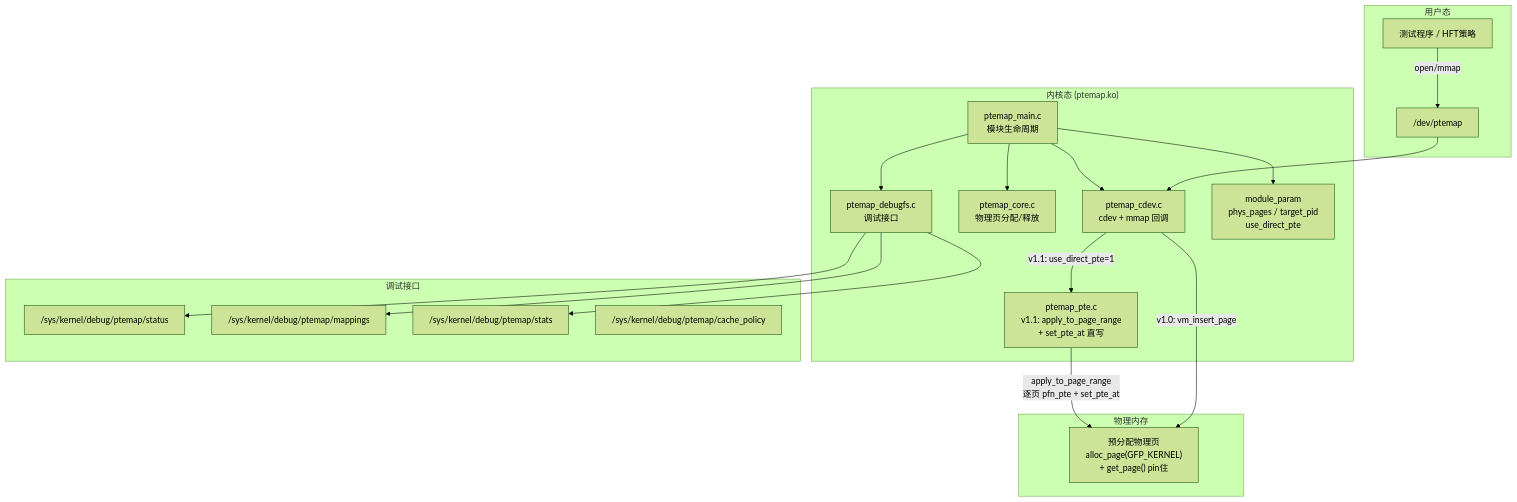
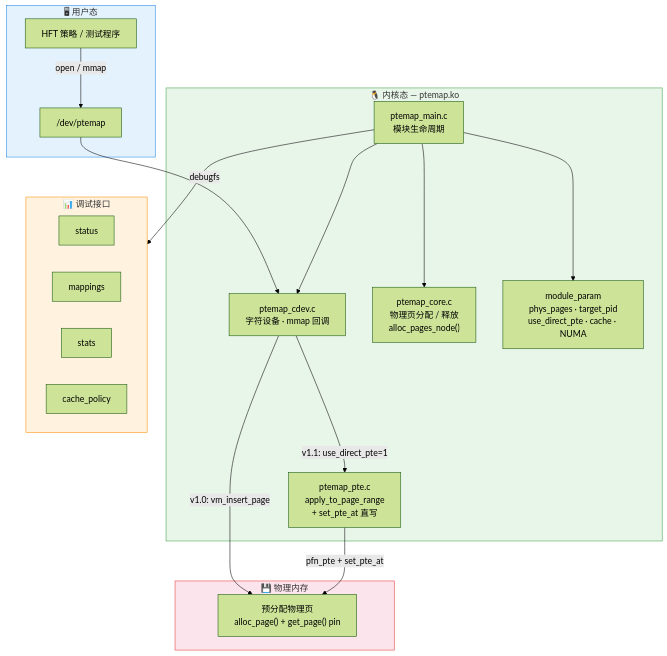
One commit to leafxuzm/Zerofault changed the second of 6 diagrams in README.md. Above: the diagram before and after it, drawn with Mermaid (forest theme). The commit also changed other lines of this file, not shown here.

First line of the commit message:
README: redesign with light/bright theme and Mermaid diagrams

````diff
--- a/README.md
+++ b/README.md
@@ -23,39 +48,40 @@
 ```mermaid
 flowchart TB
-    subgraph User["用户态"]
-        APP[测试程序 / HFT策略]
-        DEV["/dev/ptemap"]
+    subgraph user["🖥 用户态"]
+        app["HFT 策略 / 测试程序"]
+        dev["/dev/ptemap"]
     end
 
-    subgraph Kernel["内核态 (ptemap.ko)"]
-        CDEV[ptemap_cdev.c<br/>cdev + mmap 回调]
-        PTE[ptemap_pte.c<br/>v1.1: apply_to_page_range<br/>+ set_pte_at 直写]
-        CORE[ptemap_core.c<br/>物理页分配/释放]
-        MAIN[ptemap_main.c<br/>模块生命周期]
-        DBGFS[ptemap_debugfs.c<br/>调试接口]
-        PARAM[module_param<br/>phys_pages / target_pid<br/>use_direct_pte]
+    subgraph kernel["🐧 内核态 — ptemap.ko"]
+        cdev["ptemap_cdev.c<br/>字符设备 · mmap 回调"]
+        pte["ptemap_pte.c<br/>apply_to_page_range<br/>+ set_pte_at 直写"]
+        core["ptemap_core.c<br/>物理页分配 / 释放<br/>alloc_pages_node()"]
+        main["ptemap_main.c<br/>模块生命周期"]
+        param["module_param<br/>phys_pages · target_pid<br/>use_direct_pte · cache · NUMA"]
     end
 
-    subgraph Debug["调试接口"]
-        STATUS["/sys/kernel/debug/ptemap/status"]
-        MAPS["/sys/kernel/debug/ptemap/mappings"]
-        STATS["/sys/kernel/debug/ptemap/stats"]
-        CACHE["/sys/kernel/debug/ptemap/cache_policy"]
+    subgraph debug["📊 调试接口"]
+        status["status"]
+        mappings["mappings"]
+        stats["stats"]
+        cache_p["cache_policy"]
     end
 
-    subgraph HW["物理内存"]
-        PAGES["预分配物理页<br/>alloc_page(GFP_KERNEL)<br/>+ get_page() pin住"]
+    subgraph hw["💾 物理内存"]
+        pages["预分配物理页<br/>alloc_page() + get_page() pin"]
     end
 
-    APP -->|open/mmap| DEV --> CDEV
-    CDEV -->|"v1.0: vm_insert_page"| PAGES
-    CDEV -->|"v1.1: use_direct_pte=1"| PTE
-    PTE -->|"apply_to_page_range<br/>逐页 pfn_pte + set_pte_at"| PAGES
-    MAIN --> PARAM
-    MAIN --> CORE
-    MAIN --> CDEV
-    MAIN --> DBGFS
-    DBGFS --> STATUS
-    DBGFS --> MAPS
-    DBGFS --> STATS
+    app -->|"open / mmap"| dev --> cdev
+    cdev -->|"v1.0: vm_insert_page"| pages
+    cdev -->|"v1.1: use_direct_pte=1"| pte
+    pte -->|"pfn_pte + set_pte_at"| pages
+    main --> param
+    main --> core
+    main --> cdev
+    main -->|"debugfs"| debug
+
+    style user fill:#e3f2fd,stroke:#1e88e5
+    style kernel fill:#e8f5e9,stroke:#43a047
+    style debug fill:#fff3e0,stroke:#fb8c00
+    style hw fill:#fce4ec,stroke:#e53935
 ```
````
